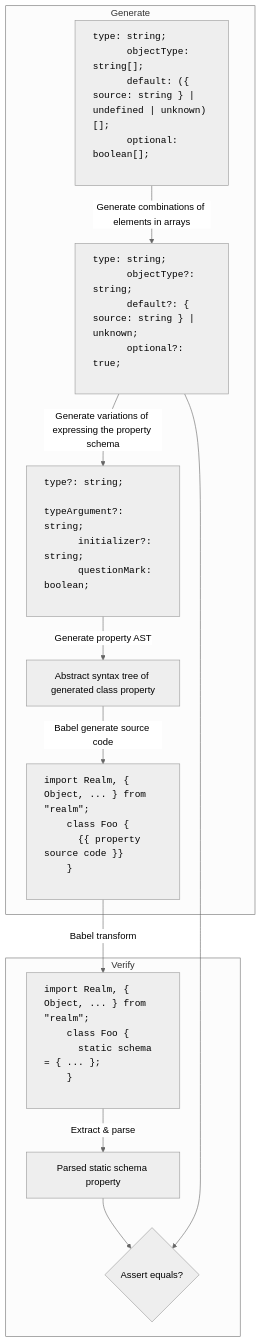
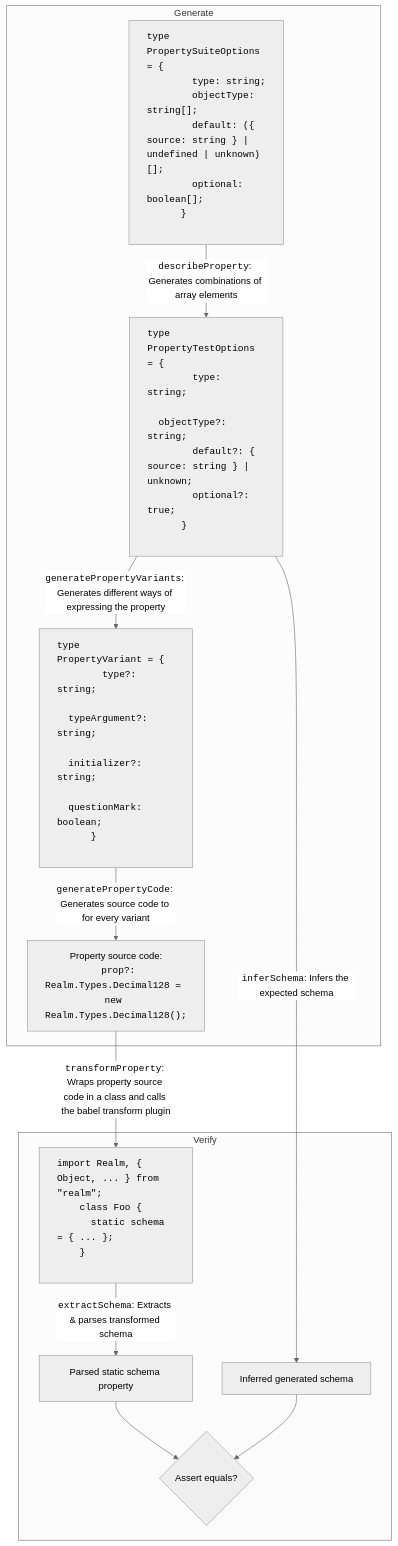
The diagram in packages/babel-plugin/src/tests/generator/README.md (realm/realm-js), drawn with Mermaid (neutral theme) before and after one commit. The commit also changed 1 other file, not shown here.

Commit message:
Updated the mermaid chart

````diff
--- a/packages/babel-plugin/src/tests/generator/README.md
+++ b/packages/babel-plugin/src/tests/generator/README.md
@@ -3,71 +3,76 @@
 ```mermaid
 flowchart TD
 
 classDef data text-align:left;
 
 subgraph Generate
   nodePropertyTest["
-    <code>type: string;
-      objectType: string[];
-      default: ({ source: string } | undefined | unknown)[];
-      optional: boolean[];
+    <code>type PropertySuiteOptions = {
+      &nbsp;&nbsp;type: string;
+      &nbsp;&nbsp;objectType: string[];
+      &nbsp;&nbsp;default: ({ source: string } | undefined | unknown)[];
+      &nbsp;&nbsp;optional: boolean[];
+      }
     </code>
   "]
   nodePropertySchema["
-    <code>type: string;
-      objectType?: string;
-      default?: { source: string } | unknown;
-      optional?: true;
+    <code>type PropertyTestOptions = {
+      &nbsp;&nbsp;type: string;
+      &nbsp;&nbsp;objectType?: string;
+      &nbsp;&nbsp;default?: { source: string } | unknown;
+      &nbsp;&nbsp;optional?: true;
+      }
     </code>
   "]
   nodePropertyVariant["
-    <code>type?: string;
-      typeArgument?: string;
-      initializer?: string;
-      questionMark: boolean;
+    <code>type PropertyVariant = {
+      &nbsp;&nbsp;type?: string;
+      &nbsp;&nbsp;typeArgument?: string;
+      &nbsp;&nbsp;initializer?: string;
+      &nbsp;&nbsp;questionMark: boolean;
+      }
     </code>
   "]
-  nodePropertyAST["
-    Abstract syntax tree of generated class property
-  "]
-  nodeSourceCode["
-    <code>import Realm, { Object, ... } from #quot;realm#quot;;
-    class Foo {
-    #nbsp;#nbsp;{{ property source code }}
-    }
-    </code>
+  nodePropertyCode["
+    Property source code:
+    <code>prop?: Realm.Types.Decimal128 = new Realm.Types.Decimal128();</code>
   "]
 
-  nodePropertyTest -->|Generate combinations of elements in arrays| nodePropertySchema
-  nodePropertySchema -->|Generate variations of expressing the property schema| nodePropertyVariant
-  nodePropertyVariant -->|Generate property AST| nodePropertyAST
-  nodePropertyAST -->|Babel generate source code| nodeSourceCode
+  nodePropertyTest -->|<code>describeProperty</code>: Generates combinations of array elements| nodePropertySchema
+  nodePropertySchema -->|<code>generatePropertyVariants</code>: Generates different ways of expressing the property| nodePropertyVariant
+  nodePropertyVariant -->|<code>generatePropertyCode</code>: Generates source code to for every variant| nodePropertyCode
 
   class nodePropertyTest,nodePropertySchema,nodePropertyVariant,nodeSourceCode data;
 end
 
-nodeSourceCode -->|Babel transform| nodeTransformedCode
+nodePropertyCode -->|<code>transformProperty</code>: Wraps property source code in a class and calls the babel transform plugin| nodeTransformedCode
 
 subgraph Verify
   nodeTransformedCode["
     <code>import Realm, { Object, ... } from #quot;realm#quot;;
     class Foo {
     #nbsp;#nbsp;static schema = { ... };
     }
     </code>
   "]
 
-  nodeSchemaStatic["
+  nodeStaticSchema["
     Parsed static schema property
   "]
 
-  nodeTransformedCode -->|Extract & parse| nodeSchemaStatic
+  nodeExpectedSchema["
+    Inferred generated schema
+  "]
+
+  nodeTransformedCode -->|<code>extractSchema</code>: Extracts & parses transformed schema| nodeStaticSchema
+
+  nodePropertySchema -->|<code>inferSchema</code>: Infers the expected schema| nodeExpectedSchema
 
   nodeAssert{Assert equals?}
-  nodeSchemaStatic --> nodeAssert
-  nodePropertySchema --> nodeAssert
+  nodeStaticSchema --> nodeAssert
+  nodeExpectedSchema --> nodeAssert
 
   class nodeTransformedCode data;
 end
 
 ```
````
